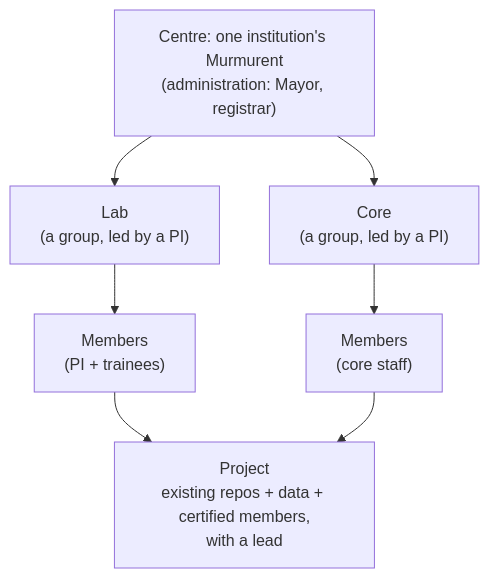
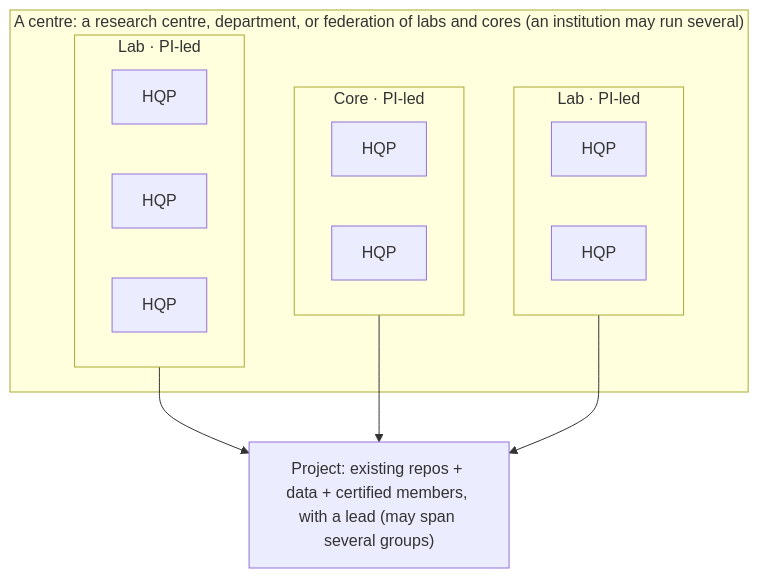
The diagram in docs/overview.md (hallettmiket/murmurent), drawn with Mermaid before and after one commit. The commit also changed other lines of this file and 5 other files, not shown here.

First line of the commit message:
docs: Labs & cores review — cut group_level cruft, fix diagram, mark SEAs WIP

````diff
--- a/docs/overview.md
+++ b/docs/overview.md
@@ -28,10 +34,21 @@
 ```mermaid
-flowchart TD
-    C["Centre: one institution's Murmurent<br/>(administration: Mayor, registrar)"]
-    C --> L["Lab<br/>(a group, led by a PI)"]
-    C --> K["Core<br/>(a group, led by a PI)"]
-    L --> LM["Members<br/>(PI + trainees)"]
-    K --> KM["Members<br/>(core staff)"]
-    LM --> P["Project<br/>existing repos + data + certified members,<br/>with a lead"]
-    KM --> P
+flowchart TB
+    subgraph Centre["A centre: a research centre, department, or federation of labs and cores (an institution may run several)"]
+        subgraph Lab1["Lab · PI-led"]
+            a1["HQP"]
+            a2["HQP"]
+            a3["HQP"]
+        end
+        subgraph Core["Core · PI-led"]
+            b1["HQP"]
+            b2["HQP"]
+        end
+        subgraph Lab2["Lab · PI-led"]
+            c1["HQP"]
+            c2["HQP"]
+        end
+    end
+    Lab1 --> P["Project: existing repos + data + certified members, with a lead (may span several groups)"]
+    Core --> P
+    Lab2 --> P
 ```
````
